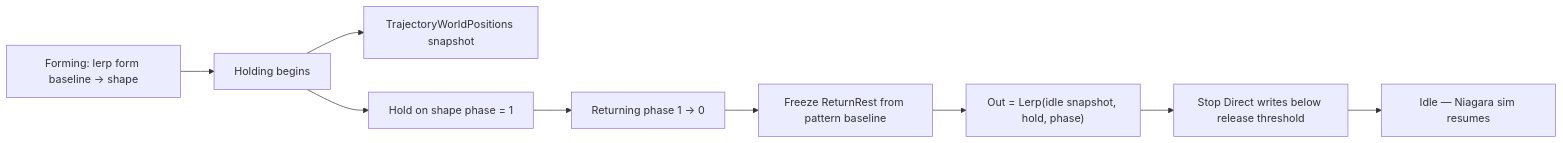
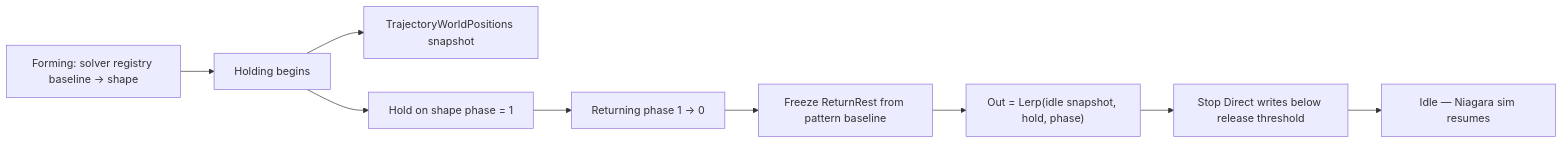
Diagram 12 of 14 in README.md (vecnode/metaagent-ue5-plugin), drawn with Mermaid before and after one commit. The commit also changed other lines of this file and 17 other files, not shown here.

````diff
--- a/README.md
+++ b/README.md
@@ -773,11 +776,11 @@
 ```mermaid
 flowchart LR
-    FORM[Forming: lerp form baseline → shape] --> HOLD[Holding begins]
+    FORM[Forming: solver registry baseline → shape] --> HOLD[Holding begins]
     HOLD --> TRAJ[TrajectoryWorldPositions snapshot]
     HOLD --> LOCK[Hold on shape phase = 1]
     LOCK --> RET[Returning phase 1 → 0]
     RET --> FREEZE[Freeze ReturnRest from pattern baseline]
     FREEZE --> OUT["Out = Lerp(idle snapshot, hold, phase)"]
     OUT --> RELEASE[Stop Direct writes below release threshold]
     RELEASE --> IDLE[Idle — Niagara sim resumes]
 ```
````
